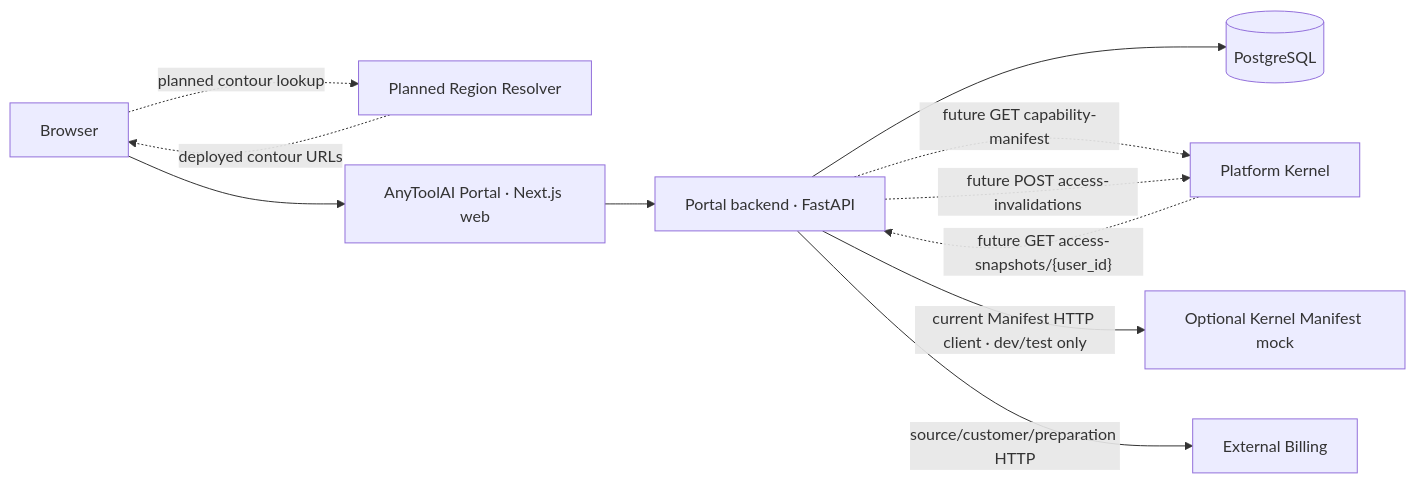
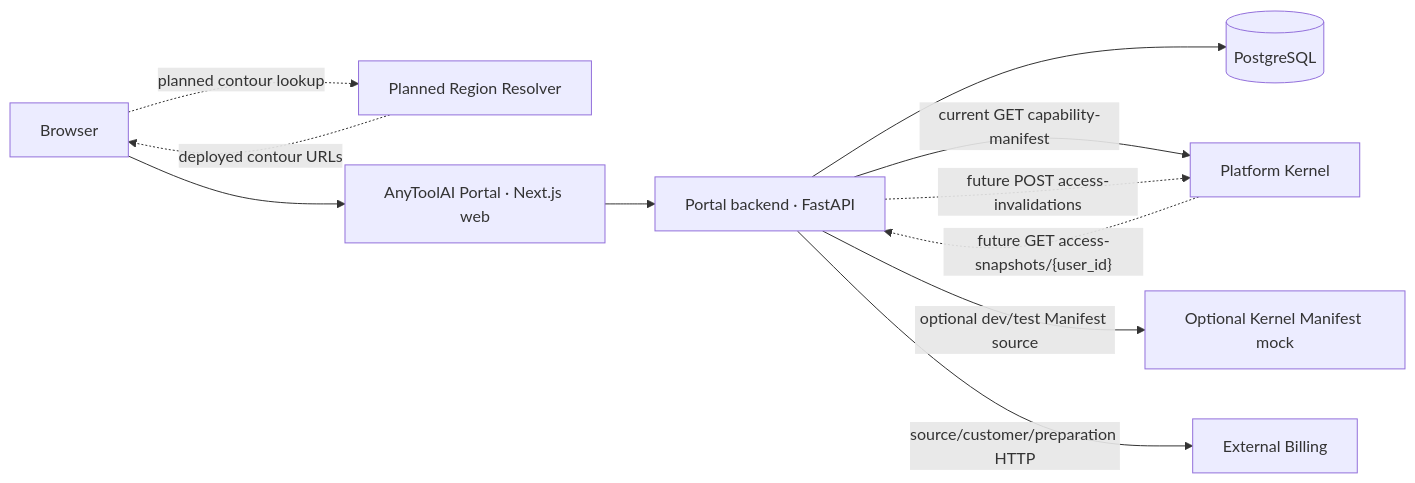
One commit to gushinets/payments-portal changed the diagram in ARCHITECTURE.md. Above: the diagram before and after it, drawn with Mermaid. The commit also changed other lines of this file and 168 other files, not shown here.

````diff
--- a/ARCHITECTURE.md
+++ b/ARCHITECTURE.md
@@ -33,13 +37,13 @@
 ```mermaid
 flowchart LR
   Browser -. "planned contour lookup" .-> Resolver["Planned Region Resolver"]
   Resolver -. "deployed contour URLs" .-> Browser
   Browser --> Web["AnyToolAI Portal · Next.js web"]
   Web --> API["Portal backend · FastAPI"]
   API --> DB[("PostgreSQL")]
-  API -. "future GET capability-manifest" .-> Kernel["Platform Kernel"]
+  API -->|"current GET capability-manifest"| Kernel["Platform Kernel"]
   Kernel -. "future GET access-snapshots/{user_id}" .-> API
   API -. "future POST access-invalidations" .-> Kernel
-  API -->|"current Manifest HTTP client · dev/test only"| Mock["Optional Kernel Manifest mock"]
+  API -->|"optional dev/test Manifest source"| Mock["Optional Kernel Manifest mock"]
   API -->|"source/customer/preparation HTTP"| Billing["External Billing"]
 ```
````
